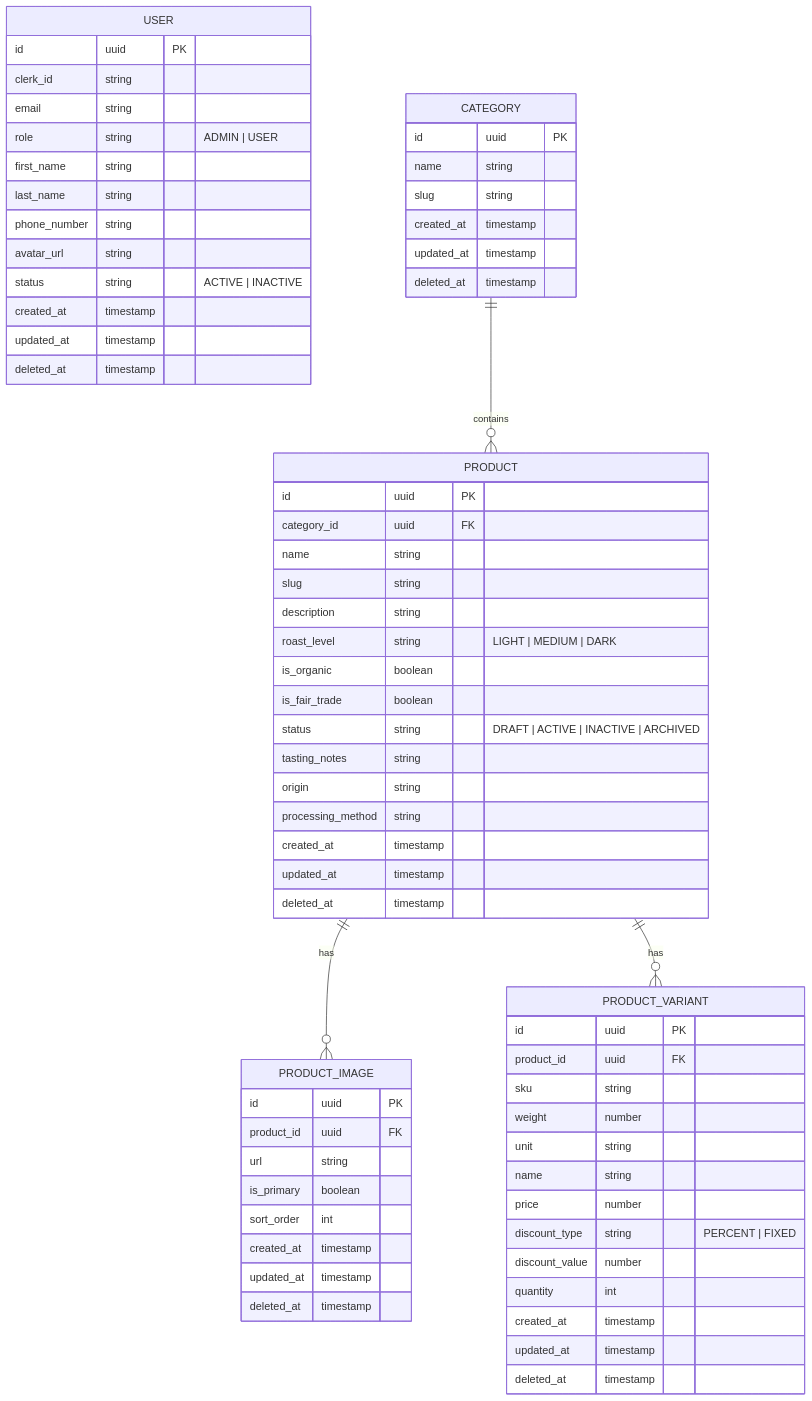
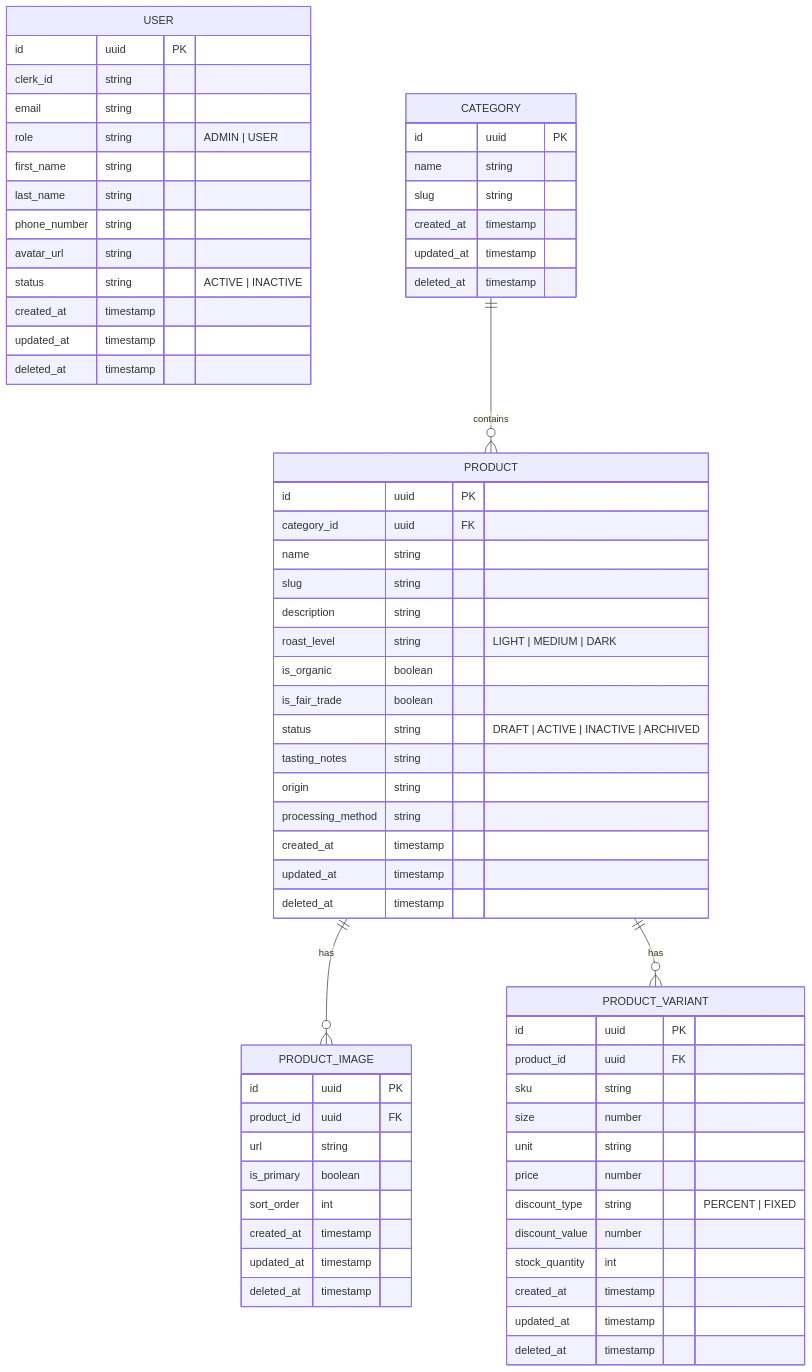
The diagram in apps/api/README.md (tiennguyen-agilityio/nestjs-training), drawn with Mermaid before and after one commit. The commit also changed other lines of this file and 56 other files, not shown here.

Commit message:
refactor: rename variant columns to size and stock quantity and work out the name on read

````diff
--- a/apps/api/README.md
+++ b/apps/api/README.md
@@ -216,75 +216,74 @@
 ```mermaid
 erDiagram
     USER {
         id uuid PK
         clerk_id string
         email string
         role string "ADMIN | USER"
         first_name string
         last_name string
         phone_number string
         avatar_url string
         status string "ACTIVE | INACTIVE"
         created_at timestamp
         updated_at timestamp
         deleted_at timestamp
     }
 
     CATEGORY {
         id uuid PK
         name string
         slug string
         created_at timestamp
         updated_at timestamp
         deleted_at timestamp
     }
 
     PRODUCT {
         id uuid PK
         category_id uuid FK
         name string
         slug string
         description string
         roast_level string "LIGHT | MEDIUM | DARK"
         is_organic boolean
         is_fair_trade boolean
         status string "DRAFT | ACTIVE | INACTIVE | ARCHIVED"
         tasting_notes string
         origin string
         processing_method string
         created_at timestamp
         updated_at timestamp
         deleted_at timestamp
     }
 
     PRODUCT_IMAGE {
         id uuid PK
         product_id uuid FK
         url string
         is_primary boolean
         sort_order int
         created_at timestamp
         updated_at timestamp
         deleted_at timestamp
     }
 
     PRODUCT_VARIANT {
         id uuid PK
         product_id uuid FK
         sku string
-        weight number
+        size number
         unit string
-        name string
         price number
         discount_type string "PERCENT | FIXED"
         discount_value number
-        quantity int
+        stock_quantity int
         created_at timestamp
         updated_at timestamp
         deleted_at timestamp
     }
 
     CATEGORY ||--o{ PRODUCT : "contains"
     PRODUCT ||--o{ PRODUCT_IMAGE : "has"
     PRODUCT ||--o{ PRODUCT_VARIANT : "has"
 ```
````
